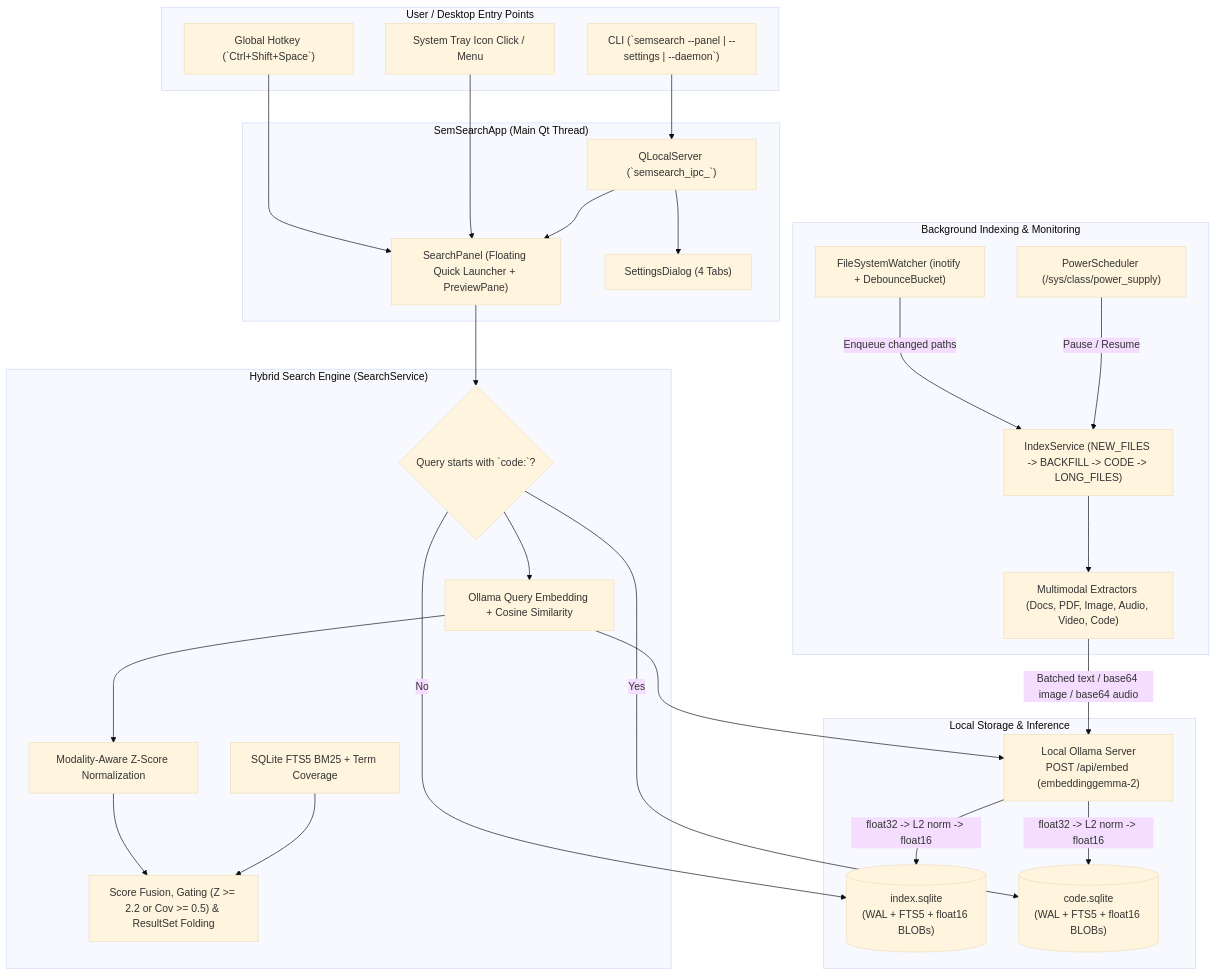
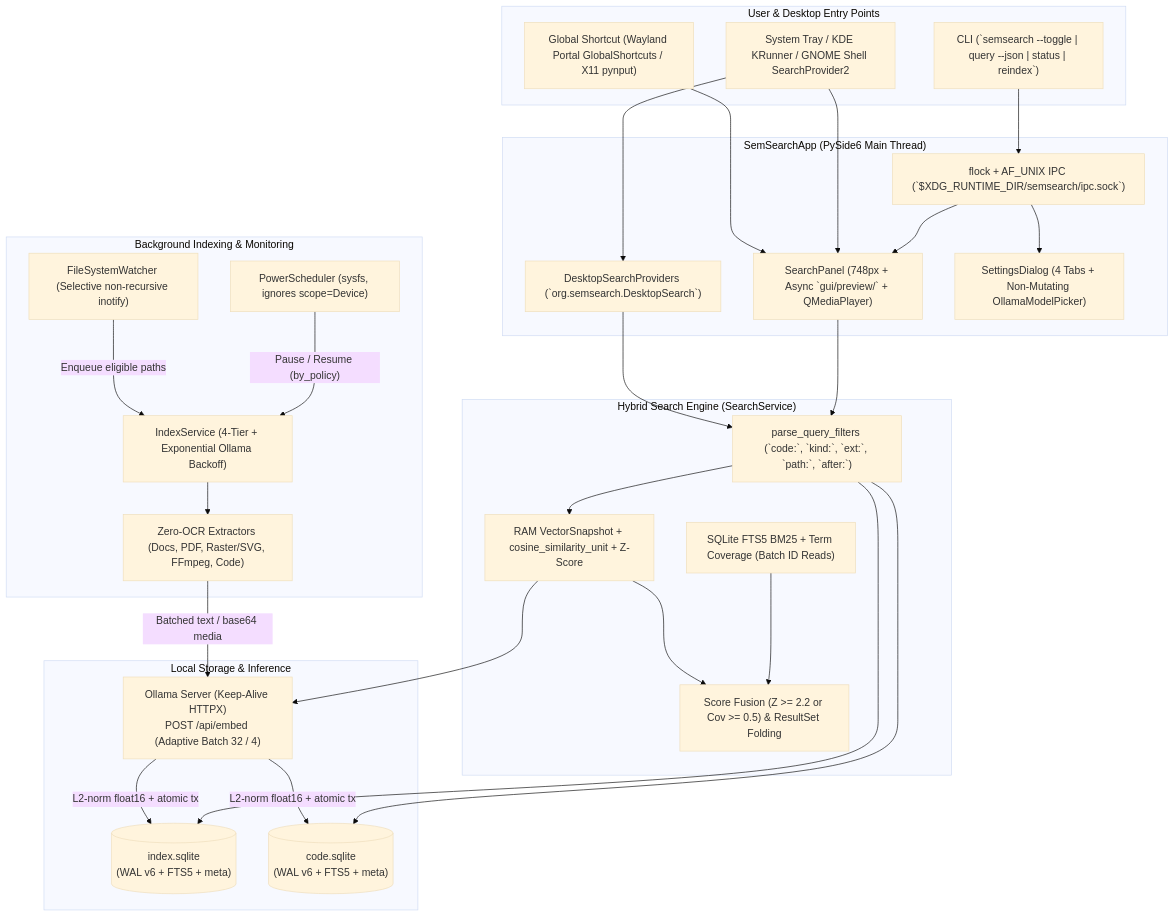
One commit to arrase/semsearch changed the diagram in gh-pages/architecture.md. Above: the diagram before and after it, drawn with Mermaid (base theme). The commit also changed other lines of this file and 150 other files, not shown here.

Commit message:
feat: comprehensive core, search, Wayland/desktop, preview, CLI and quality overhaul

````diff
--- a/gh-pages/architecture.md
+++ b/gh-pages/architecture.md
@@ -130,57 +152,58 @@
 ```mermaid
 flowchart TB
-    subgraph Trigger ["User / Desktop Entry Points"]
-        T1["CLI (`semsearch --panel | --settings | --daemon`)"]
-        T2["Global Hotkey (`Ctrl+Shift+Space`)"]
-        T3["System Tray Icon Click / Menu"]
+    subgraph Trigger ["User & Desktop Entry Points"]
+        T1["CLI (`semsearch --toggle | query --json | status | reindex`)"]
+        T2["Global Shortcut (Wayland Portal GlobalShortcuts / X11 pynput)"]
+        T3["System Tray / KDE KRunner / GNOME Shell SearchProvider2"]
     end
 
-    subgraph App ["SemSearchApp (Main Qt Thread)"]
-        IPC["QLocalServer (`semsearch_ipc_<uid>`)"]
-        UI_Panel["SearchPanel (Floating Quick Launcher + PreviewPane)"]
-        UI_Set["SettingsDialog (4 Tabs)"]
+    subgraph App ["SemSearchApp (PySide6 Main Thread)"]
+        IPC["flock + AF_UNIX IPC (`$XDG_RUNTIME_DIR/semsearch/ipc.sock`)"]
+        DBus["DesktopSearchProviders (`org.semsearch.DesktopSearch`)"]
+        UI_Panel["SearchPanel (748px + Async `gui/preview/` + QMediaPlayer)"]
+        UI_Set["SettingsDialog (4 Tabs + Non-Mutating OllamaModelPicker)"]
     end
 
     subgraph IndexPipeline ["Background Indexing & Monitoring"]
-        Watch["FileSystemWatcher (inotify + DebounceBucket)"]
-        Sched["PowerScheduler (/sys/class/power_supply)"]
-        Idx["IndexService (NEW_FILES -> BACKFILL -> CODE -> LONG_FILES)"]
-        Ext["Multimodal Extractors (Docs, PDF, Image, Audio, Video, Code)"]
+        Watch["FileSystemWatcher (Selective non-recursive inotify)"]
+        Sched["PowerScheduler (sysfs, ignores scope=Device)"]
+        Idx["IndexService (4-Tier + Exponential Ollama Backoff)"]
+        Ext["Zero-OCR Extractors (Docs, PDF, Raster/SVG, FFmpeg, Code)"]
     end
 
     subgraph SearchPipeline ["Hybrid Search Engine (SearchService)"]
-        Route{"Query starts with `code:`?"}
-        Vec["Ollama Query Embedding + Cosine Similarity"]
-        ZNorm["Modality-Aware Z-Score Normalization"]
-        FTS["SQLite FTS5 BM25 + Term Coverage"]
-        Fuse["Score Fusion, Gating (Z >= 2.2 or Cov >= 0.5) & ResultSet Folding"]
+        Parse["parse_query_filters (`code:`, `kind:`, `ext:`, `path:`, `after:`)"]
+        Vec["RAM VectorSnapshot + cosine_similarity_unit + Z-Score"]
+        FTS["SQLite FTS5 BM25 + Term Coverage (Batch ID Reads)"]
+        Fuse["Score Fusion (Z >= 2.2 or Cov >= 0.5) & ResultSet Folding"]
     end
 
     subgraph Storage ["Local Storage & Inference"]
-        DB_Main[("index.sqlite\n(WAL + FTS5 + float16 BLOBs)")]
-        DB_Code[("code.sqlite\n(WAL + FTS5 + float16 BLOBs)")]
-        Ollama["Local Ollama Server\nPOST /api/embed (embeddinggemma-2)"]
+        DB_Main[("index.sqlite\n(WAL v6 + FTS5 + meta)")]
+        DB_Code[("code.sqlite\n(WAL v6 + FTS5 + meta)")]
+        Ollama["Ollama Server (Keep-Alive HTTPX)\nPOST /api/embed (Adaptive Batch 32 / 4)"]
     end
 
     T1 --> IPC
     T2 --> UI_Panel
+    T3 --> DBus
     T3 --> UI_Panel
     IPC --> UI_Panel
     IPC --> UI_Set
+    DBus --> Parse
 
-    Watch -->|"Enqueue changed paths"| Idx
-    Sched -->|"Pause / Resume"| Idx
+    Watch -->|"Enqueue eligible paths"| Idx
+    Sched -->|"Pause / Resume (by_policy)"| Idx
     Idx --> Ext
-    Ext -->|"Batched text / base64 image / base64 audio"| Ollama
-    Ollama -->|"float32 -> L2 norm -> float16"| DB_Main
-    Ollama -->|"float32 -> L2 norm -> float16"| DB_Code
+    Ext -->|"Batched text / base64 media"| Ollama
+    Ollama -->|"L2-norm float16 + atomic tx"| DB_Main
+    Ollama -->|"L2-norm float16 + atomic tx"| DB_Code
 
-    UI_Panel --> Route
-    Route -->|No| DB_Main
-    Route -->|Yes| DB_Code
-    Route --> Vec
+    UI_Panel --> Parse
+    Parse --> DB_Main
+    Parse --> DB_Code
+    Parse --> Vec
     Vec --> Ollama
-    Vec --> ZNorm
-    ZNorm --> Fuse
+    Vec --> Fuse
     FTS --> Fuse
 ```
````
